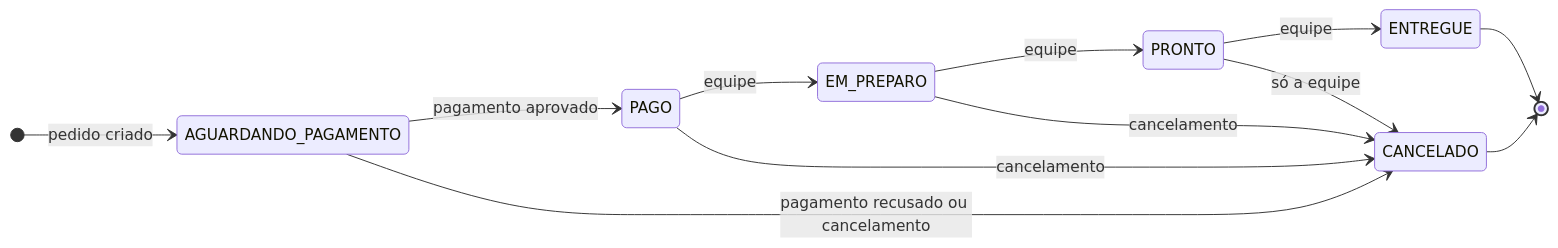
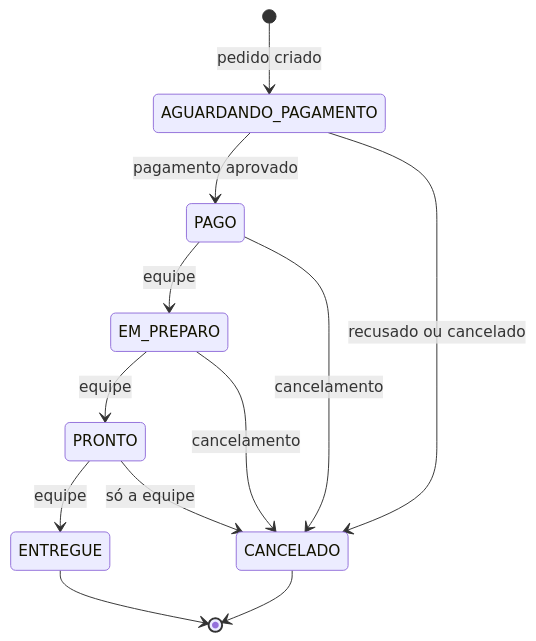
The diagram in docs/diagramas/estados-pedido.mmd (Pedro-Gabr/raizes-do-nordeste-api), drawn with Mermaid before and after one commit. The commit also changed 7 other files, not shown here.

Commit message:
melhor diagrama

```diff
--- a/docs/diagramas/estados-pedido.mmd
+++ b/docs/diagramas/estados-pedido.mmd
@@ -1,13 +1,13 @@
 stateDiagram-v2
-    direction LR
+    direction TB
     [*] --> AGUARDANDO_PAGAMENTO : pedido criado
     AGUARDANDO_PAGAMENTO --> PAGO : pagamento aprovado
-    AGUARDANDO_PAGAMENTO --> CANCELADO : pagamento recusado ou cancelamento
+    AGUARDANDO_PAGAMENTO --> CANCELADO : recusado ou cancelado
     PAGO --> EM_PREPARO : equipe
     PAGO --> CANCELADO : cancelamento
     EM_PREPARO --> PRONTO : equipe
     EM_PREPARO --> CANCELADO : cancelamento
     PRONTO --> ENTREGUE : equipe
     PRONTO --> CANCELADO : só a equipe
     ENTREGUE --> [*]
     CANCELADO --> [*]
```
